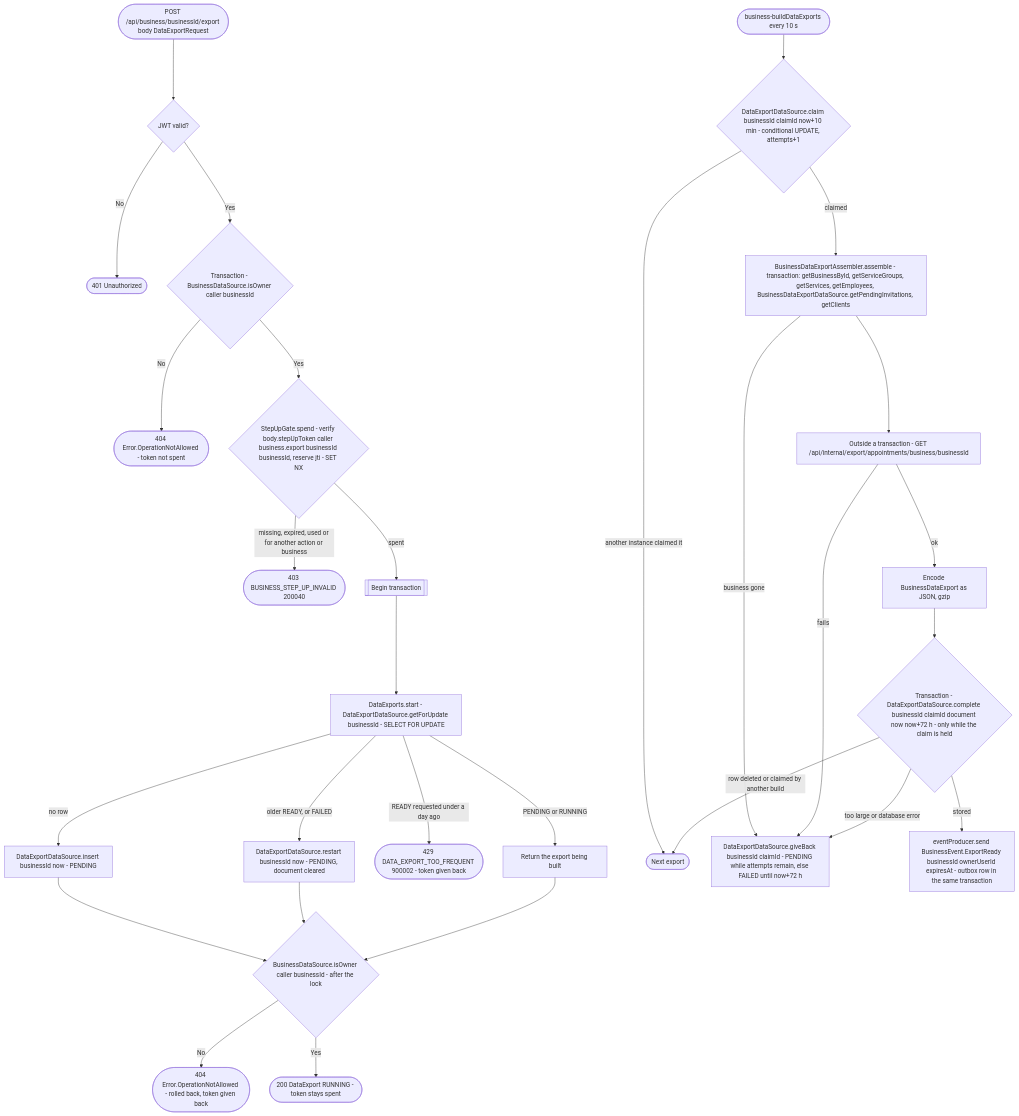
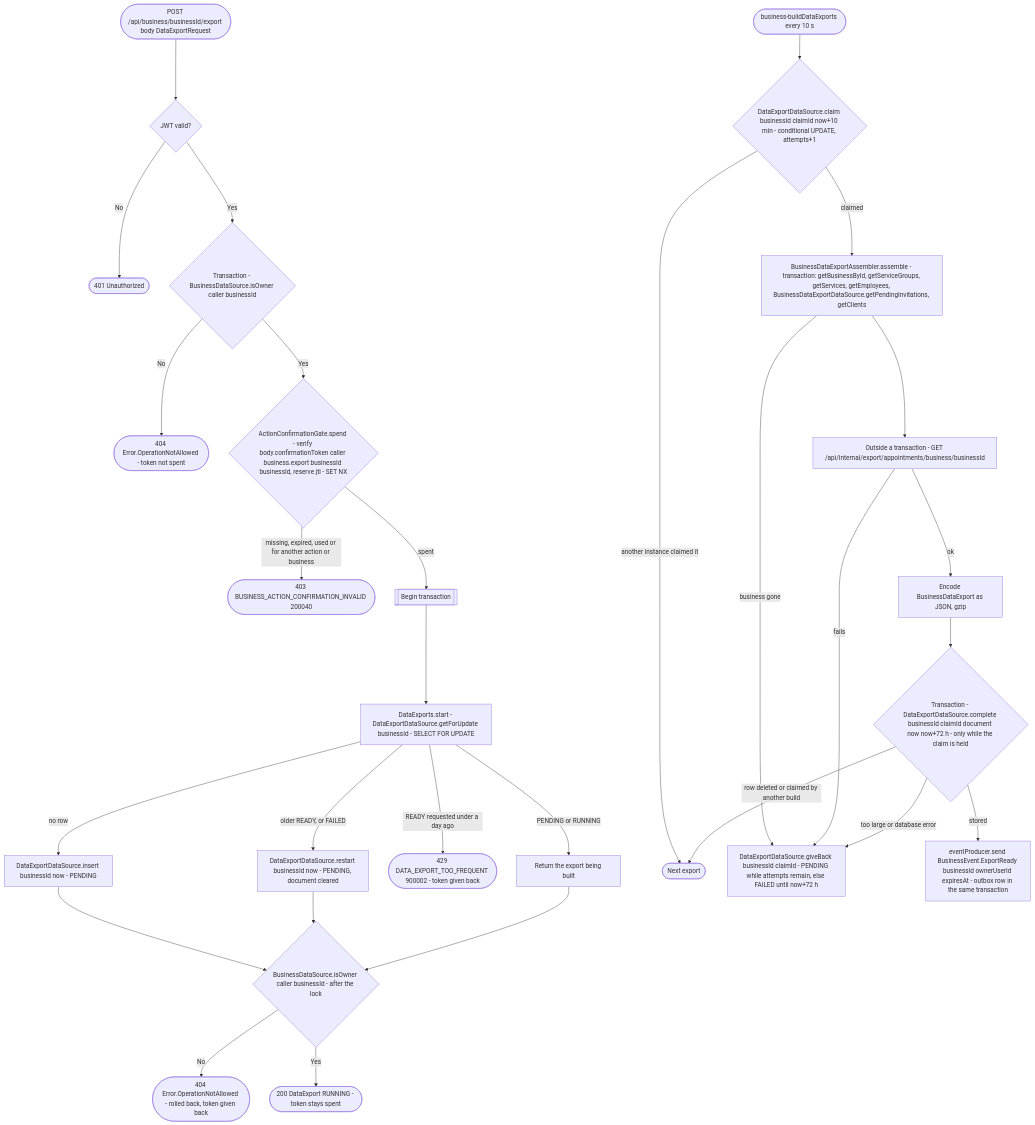
Before and after one commit to nocturneproperties/bookkme: the diagram in docs/operations/business/start-business-data-export.md, drawn with Mermaid. The commit also changed other lines of this file and 93 other files, not shown here.

Commit message:
[miscellaneous] rename step up flow

````diff
--- a/docs/operations/business/start-business-data-export.md
+++ b/docs/operations/business/start-business-data-export.md
@@ -33,33 +33,33 @@
 ```mermaid
 flowchart TD
     Start([POST /api/business/businessId/export body DataExportRequest]) --> Auth{JWT valid?}
     Auth -- No --> R401([401 Unauthorized])
     Auth -- Yes --> Owner{"Transaction - BusinessDataSource.isOwner caller businessId"}
     Owner -- No --> R404([404 Error.OperationNotAllowed - token not spent])
-    Owner -- Yes --> StepUp{"StepUpGate.spend - verify body.stepUpToken caller business.export businessId businessId, reserve jti - SET NX"}
-    StepUp -- missing, expired, used or for another action or business --> R403([403 BUSINESS_STEP_UP_INVALID 200040])
-    StepUp -- spent --> Tx[[Begin transaction]]
+    Owner -- Yes --> ActionConfirmation{"ActionConfirmationGate.spend - verify body.confirmationToken caller business.export businessId businessId, reserve jti - SET NX"}
+    ActionConfirmation -- missing, expired, used or for another action or business --> R403([403 BUSINESS_ACTION_CONFIRMATION_INVALID 200040])
+    ActionConfirmation -- spent --> Tx[[Begin transaction]]
     Tx --> Lock["DataExports.start - DataExportDataSource.getForUpdate businessId - SELECT FOR UPDATE"]
     Lock -- no row --> Insert[DataExportDataSource.insert businessId now - PENDING]
     Lock -- PENDING or RUNNING --> Same[Return the export being built]
     Lock -- READY requested under a day ago --> R429([429 DATA_EXPORT_TOO_FREQUENT 900002 - token given back])
     Lock -- older READY, or FAILED --> Restart[DataExportDataSource.restart businessId now - PENDING, document cleared]
     Insert --> Recheck
     Restart --> Recheck
     Same --> Recheck
     Recheck{"BusinessDataSource.isOwner caller businessId - after the lock"}
     Recheck -- No --> R404b([404 Error.OperationNotAllowed - rolled back, token given back])
     Recheck -- Yes --> R200([200 DataExport RUNNING - token stays spent])
 
     Job([business-buildDataExports every 10 s]) --> Claim{"DataExportDataSource.claim businessId claimId now+10 min - conditional UPDATE, attempts+1"}
     Claim -- another instance claimed it --> Next([Next export])
     Claim -- claimed --> Own["BusinessDataExportAssembler.assemble - transaction: getBusinessById, getServiceGroups, getServices, getEmployees, BusinessDataExportDataSource.getPendingInvitations, getClients"]
     Own -- business gone --> GiveBack
     Own --> Calls["Outside a transaction - GET /api/internal/export/appointments/business/businessId"]
     Calls -- fails --> GiveBack["DataExportDataSource.giveBack businessId claimId - PENDING while attempts remain, else FAILED until now+72 h"]
     Calls -- ok --> Gzip[Encode BusinessDataExport as JSON, gzip]
     Gzip --> Store{"Transaction - DataExportDataSource.complete businessId claimId document now now+72 h - only while the claim is held"}
     Store -- too large or database error --> GiveBack
     Store -- row deleted or claimed by another build --> Next
     Store -- stored --> Ready["eventProducer.send BusinessEvent.ExportReady businessId ownerUserId expiresAt - outbox row in the same transaction"]
 ```
````
